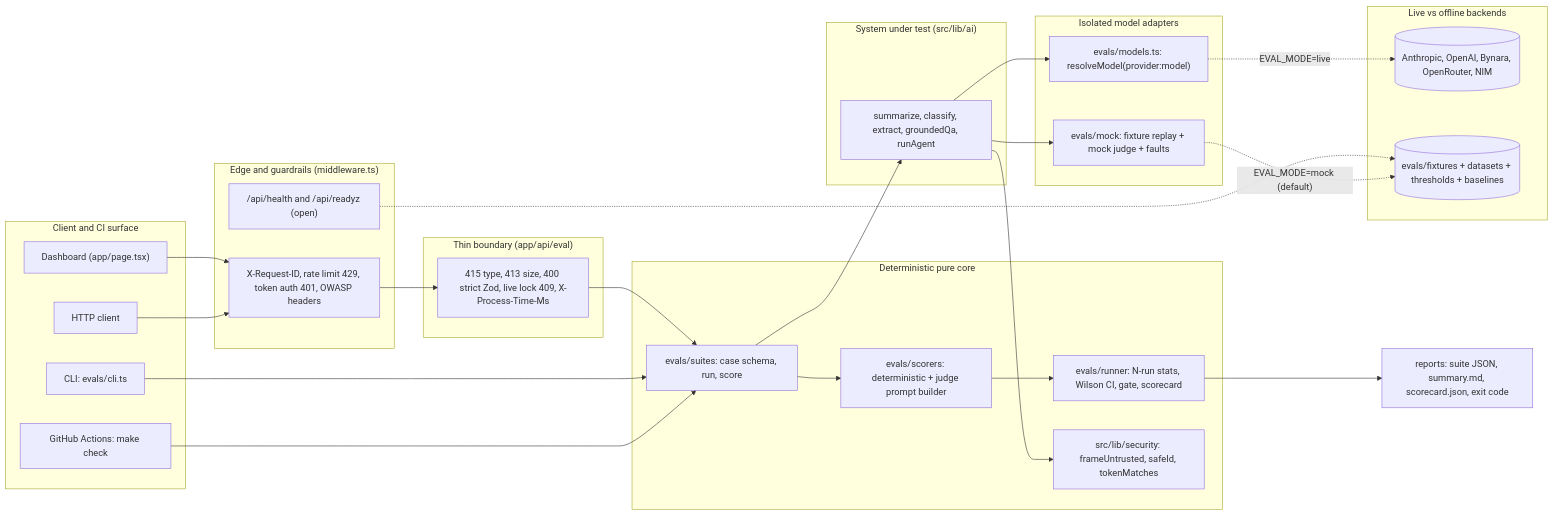
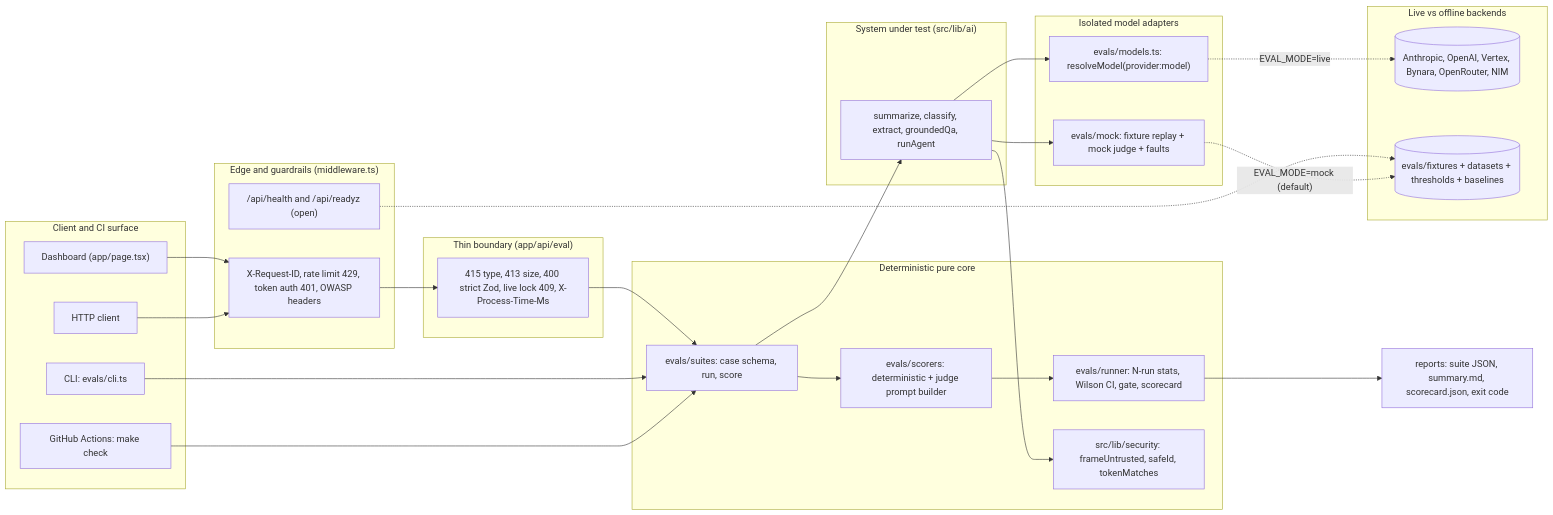
Before and after one commit to AshraHossain/ai-sdk-eval-harness: the diagram in ARCHITECTURE.md, drawn with Mermaid. The commit also changed 15 other files, not shown here.

````diff
--- a/ARCHITECTURE.md
+++ b/ARCHITECTURE.md
@@ -21,43 +21,43 @@
 ```mermaid
 flowchart LR
     subgraph Client["Client and CI surface"]
         UI["Dashboard (app/page.tsx)"]
         API_C["HTTP client"]
         CLI["CLI: evals/cli.ts"]
         CI["GitHub Actions: make check"]
     end
     subgraph Edge["Edge and guardrails (middleware.ts)"]
         MW["X-Request-ID, rate limit 429, token auth 401, OWASP headers"]
         PROBE["/api/health and /api/readyz (open)"]
     end
     subgraph Boundary["Thin boundary (app/api/eval)"]
         RT["415 type, 413 size, 400 strict Zod, live lock 409, X-Process-Time-Ms"]
     end
     subgraph Core["Deterministic pure core"]
         SUITES["evals/suites: case schema, run, score"]
         SCORE["evals/scorers: deterministic + judge prompt builder"]
         STATS["evals/runner: N-run stats, Wilson CI, gate, scorecard"]
         SAN["src/lib/security: frameUntrusted, safeId, tokenMatches"]
     end
     subgraph SUT["System under test (src/lib/ai)"]
         FEAT["summarize, classify, extract, groundedQa, runAgent"]
     end
     subgraph Adapters["Isolated model adapters"]
         RES["evals/models.ts: resolveModel(provider:model)"]
         MOCKM["evals/mock: fixture replay + mock judge + faults"]
     end
     subgraph Backends["Live vs offline backends"]
-        LIVE[("Anthropic, OpenAI, Bynara, OpenRouter, NIM")]
+        LIVE[("Anthropic, OpenAI, Vertex, Bynara, OpenRouter, NIM")]
         FIX[("evals/fixtures + datasets + thresholds + baselines")]
     end
     UI & API_C --> MW --> RT --> SUITES
     PROBE -.-> FIX
     CLI & CI --> SUITES
     SUITES --> FEAT
     FEAT --> SAN
     SUITES --> SCORE --> STATS
     STATS --> OUT["reports: suite JSON, summary.md, scorecard.json, exit code"]
     FEAT --> RES & MOCKM
     RES -. "EVAL_MODE=live" .-> LIVE
     MOCKM -. "EVAL_MODE=mock (default)" .-> FIX
 ```
````
